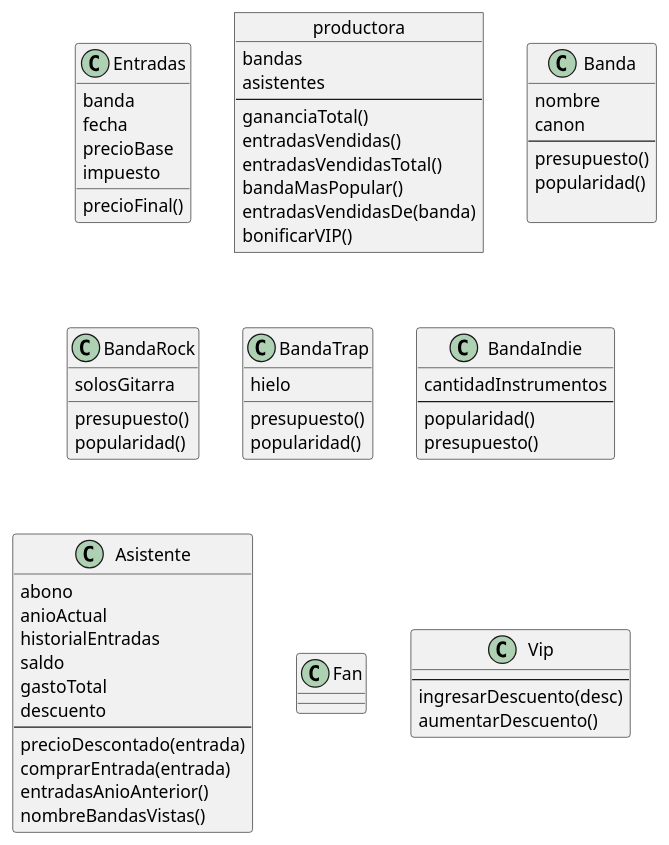
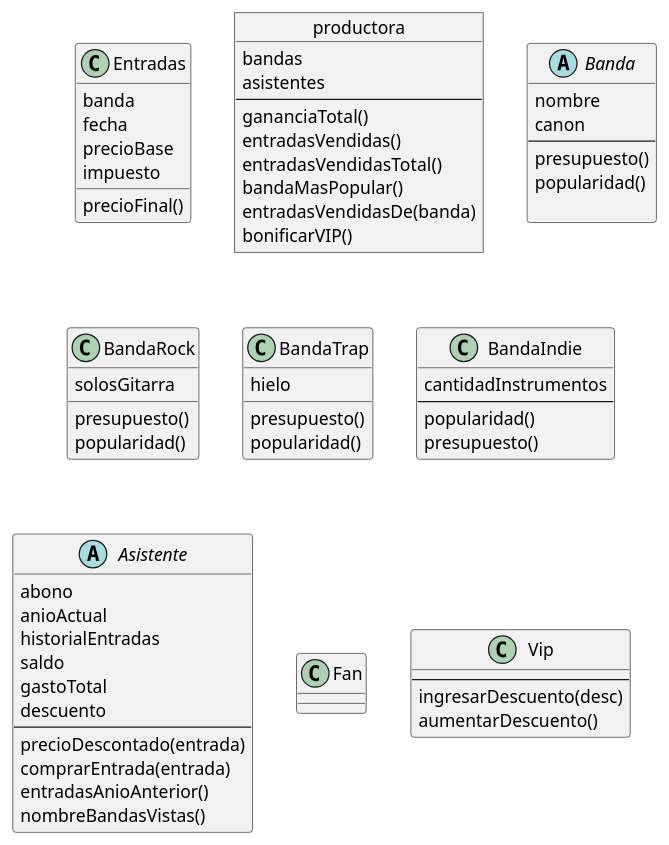
The diagram in TPObjetosIndividual/diagrama.plantuml (DiegoAlvarezEguren/TP-individual-Objetos-26-10), drawn with PlantUML before and after one commit.

```diff
--- a/TPObjetosIndividual/diagrama.plantuml
+++ b/TPObjetosIndividual/diagrama.plantuml
@@ -1,67 +1,67 @@
 @startuml
 class Entradas{
     banda
     fecha
     precioBase
     impuesto
     
     precioFinal()
 }
 object productora {
     bandas
     asistentes
     --
     gananciaTotal()
     entradasVendidas()
     entradasVendidasTotal()
     bandaMasPopular()
     entradasVendidasDe(banda)
     bonificarVIP()
 }
-class Banda{
+abstract Banda{
     nombre
     canon
     --
     presupuesto()
     popularidad()
 
 }
 class BandaRock{
     solosGitarra
     presupuesto()
     popularidad()
 }
 class BandaTrap{
     hielo
     presupuesto()
     popularidad()
 }
 class BandaIndie{
     cantidadInstrumentos
     --
     popularidad()
     presupuesto()
 }
-class Asistente{
+abstract Asistente{
     abono
     anioActual
     historialEntradas
     saldo
     gastoTotal
     descuento
     --
     precioDescontado(entrada)
     comprarEntrada(entrada)
     entradasAnioAnterior()
     nombreBandasVistas()
 }
 class Fan{
 
 }
 
 class Vip{
     --
     ingresarDescuento(desc)
     aumentarDescuento()
 }
 @enduml
```
